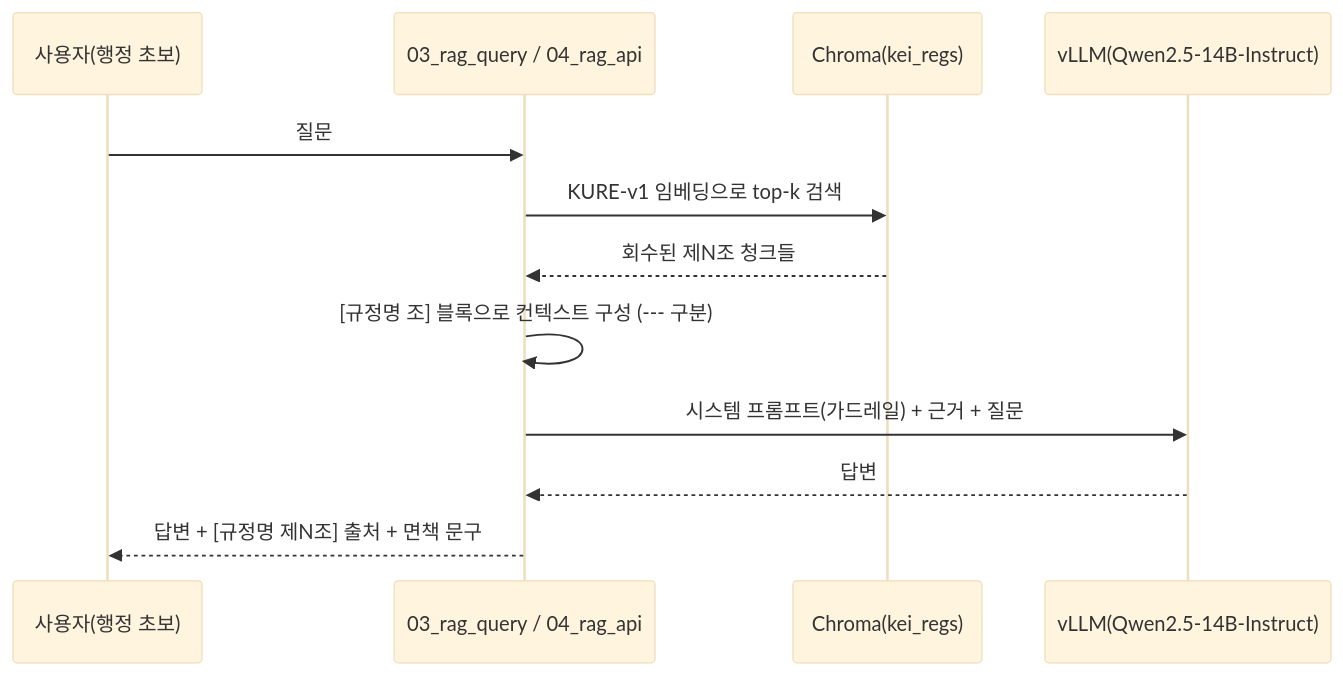
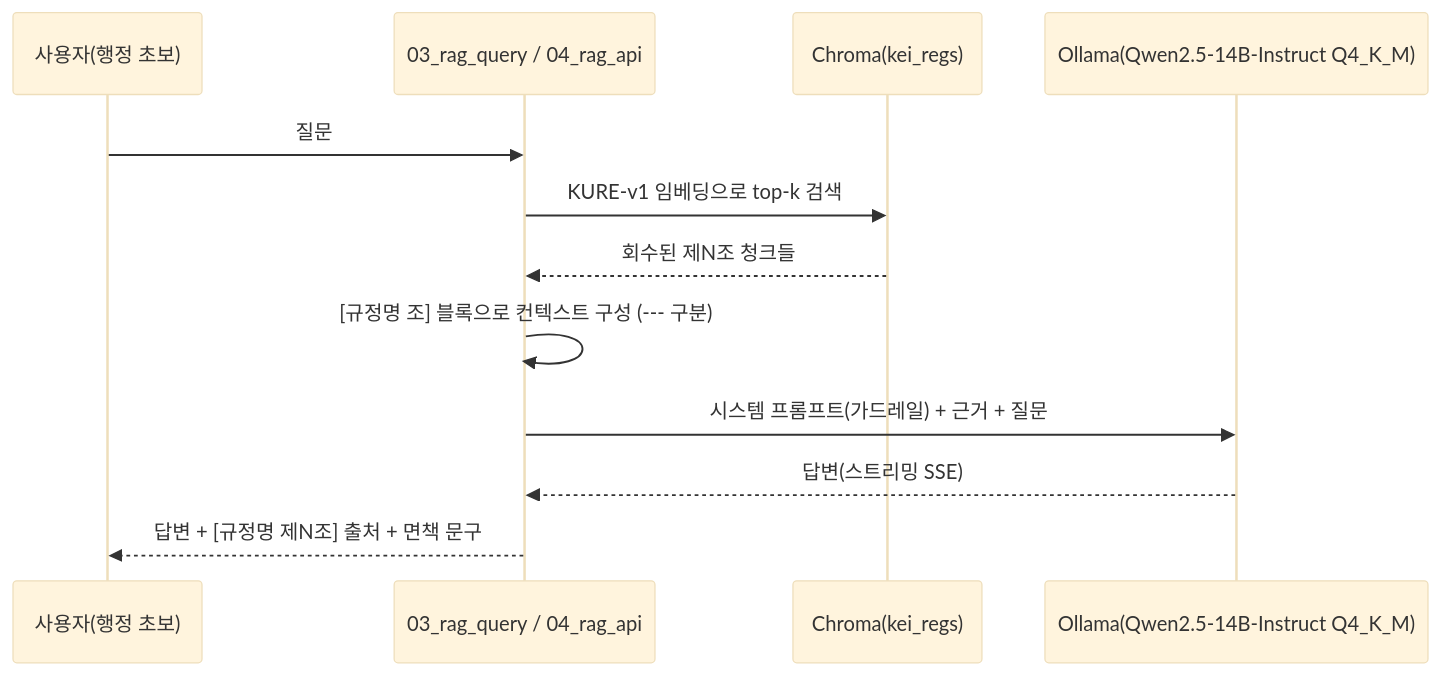
One commit to mooner92/KEIAdminSuperv changed the third of 4 diagrams in WORKPLAN.md. Above: the diagram before and after it, drawn with Mermaid (base theme). The commit also changed other lines of this file and 6 other files, not shown here.

````diff
--- a/WORKPLAN.md
+++ b/WORKPLAN.md
@@ -287,15 +312,15 @@
 ```mermaid
 sequenceDiagram
     participant U as 사용자(행정 초보)
     participant R as 03_rag_query / 04_rag_api
     participant C as Chroma(kei_regs)
-    participant L as vLLM(Qwen2.5-14B-Instruct)
+    participant L as Ollama(Qwen2.5-14B-Instruct Q4_K_M)
 
     U->>R: 질문
     R->>C: KURE-v1 임베딩으로 top-k 검색
     C-->>R: 회수된 제N조 청크들
     R->>R: [규정명 조] 블록으로 컨텍스트 구성 (--- 구분)
     R->>L: 시스템 프롬프트(가드레일) + 근거 + 질문
-    L-->>R: 답변
+    L-->>R: 답변(스트리밍 SSE)
     R-->>U: 답변 + [규정명 제N조] 출처 + 면책 문구
 ```
````
